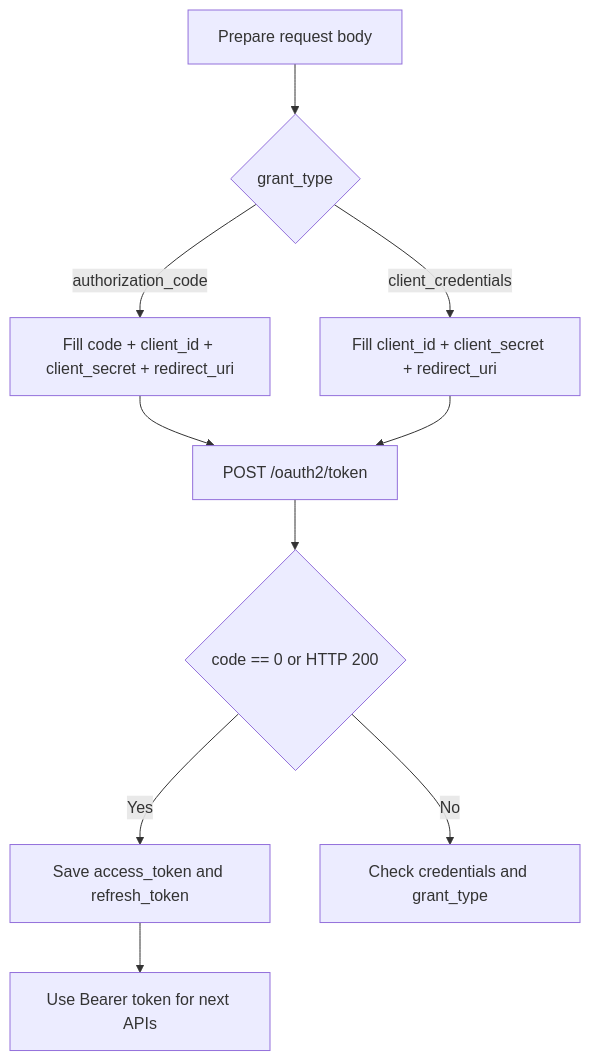
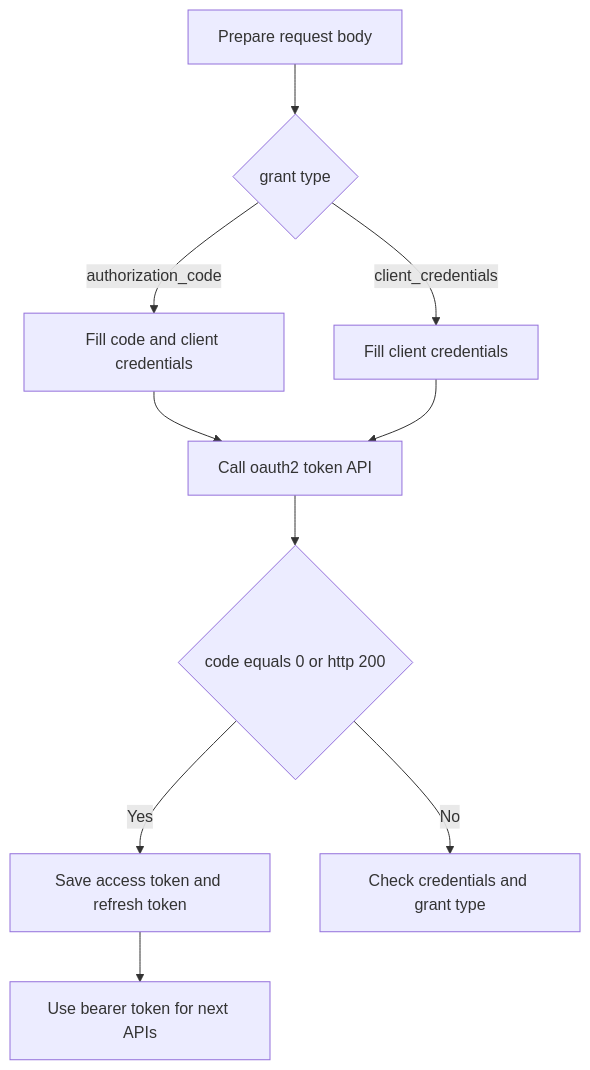
The diagram in Growatt API/OPENAPI/02_api_access_token.md (EugeneJian/growatt-unified-api), drawn with Mermaid before and after one commit. The commit also changed 12 other files, not shown here.

First line of the commit message:
[docs]已按你给的 Mermaid代码的终极准则 4.1 对仓库内 全部 Mermaid 做了加固。

````diff
--- a/Growatt API/OPENAPI/02_api_access_token.md
+++ b/Growatt API/OPENAPI/02_api_access_token.md
@@ -17,12 +17,13 @@
 ```mermaid
+%% 本代码严格遵循AI生成Mermaid代码的终极准则v4.1（Mermaid终极大师）
 flowchart TD
-    A[Prepare request body] --> B{grant_type}
-    B -->|authorization_code| C[Fill code + client_id + client_secret + redirect_uri]
-    B -->|client_credentials| D[Fill client_id + client_secret + redirect_uri]
-    C --> E[POST /oauth2/token]
+    A["Prepare request body"] --> B{"grant type"}
+    B -->|"authorization_code"| C["Fill code and client credentials"]
+    B -->|"client_credentials"| D["Fill client credentials"]
+    C --> E["Call oauth2 token API"]
     D --> E
-    E --> F{code == 0 or HTTP 200}
-    F -->|Yes| G[Save access_token and refresh_token]
-    F -->|No| H[Check credentials and grant_type]
-    G --> I[Use Bearer token for next APIs]
+    E --> F{"code equals 0 or http 200"}
+    F -->|"Yes"| G["Save access token and refresh token"]
+    F -->|"No"| H["Check credentials and grant type"]
+    G --> I["Use bearer token for next APIs"]
 ```
````
